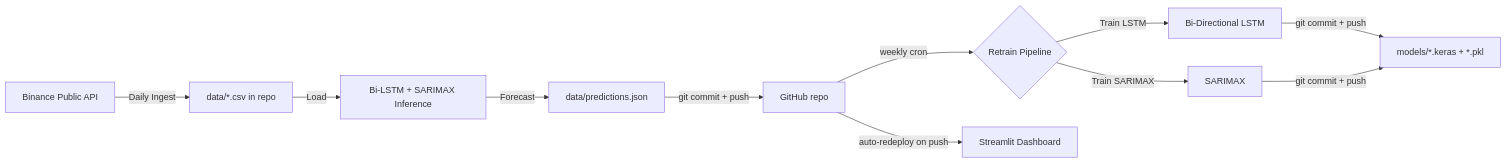
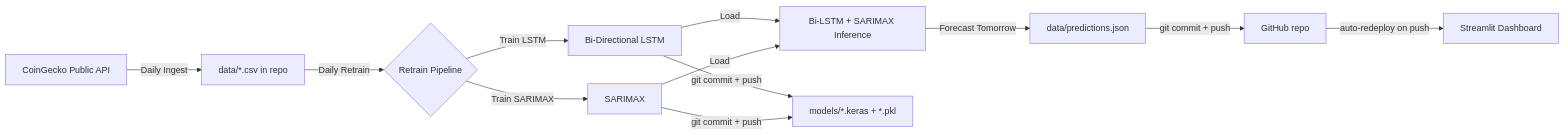
One commit to yusuferdem16/CryptoCurrencyPricePredicter changed the diagram in README.md. Above: the diagram before and after it, drawn with Mermaid. The commit also changed other lines of this file and 7 other files, not shown here.

`````diff
--- a/README.md
+++ b/README.md
@@ -96,12 +92,12 @@
 ```mermaid
 flowchart LR
-    A[Binance Public API] -->|Daily Ingest| B[data/*.csv in repo]
-    B -->|Load| C[Bi-LSTM + SARIMAX Inference]
-    C -->|Forecast| D[data/predictions.json]
-    D -->|git commit + push| E[GitHub repo]
-    E -->|weekly cron| F{Retrain Pipeline}
+    A[CoinGecko Public API] -->|Daily Ingest| B[data/*.csv in repo]
+    B -->|Daily Retrain| F{Retrain Pipeline}
     F -->|Train LSTM| G[Bi-Directional LSTM]
     F -->|Train SARIMAX| H[SARIMAX]
+    G & H -->|Load| C[Bi-LSTM + SARIMAX Inference]
+    C -->|Forecast Tomorrow| D[data/predictions.json]
+    D -->|git commit + push| E[GitHub repo]
     G & H -->|git commit + push| I[models/*.keras + *.pkl]
     E -->|auto-redeploy on push| J[Streamlit Dashboard]
 ````
`````
